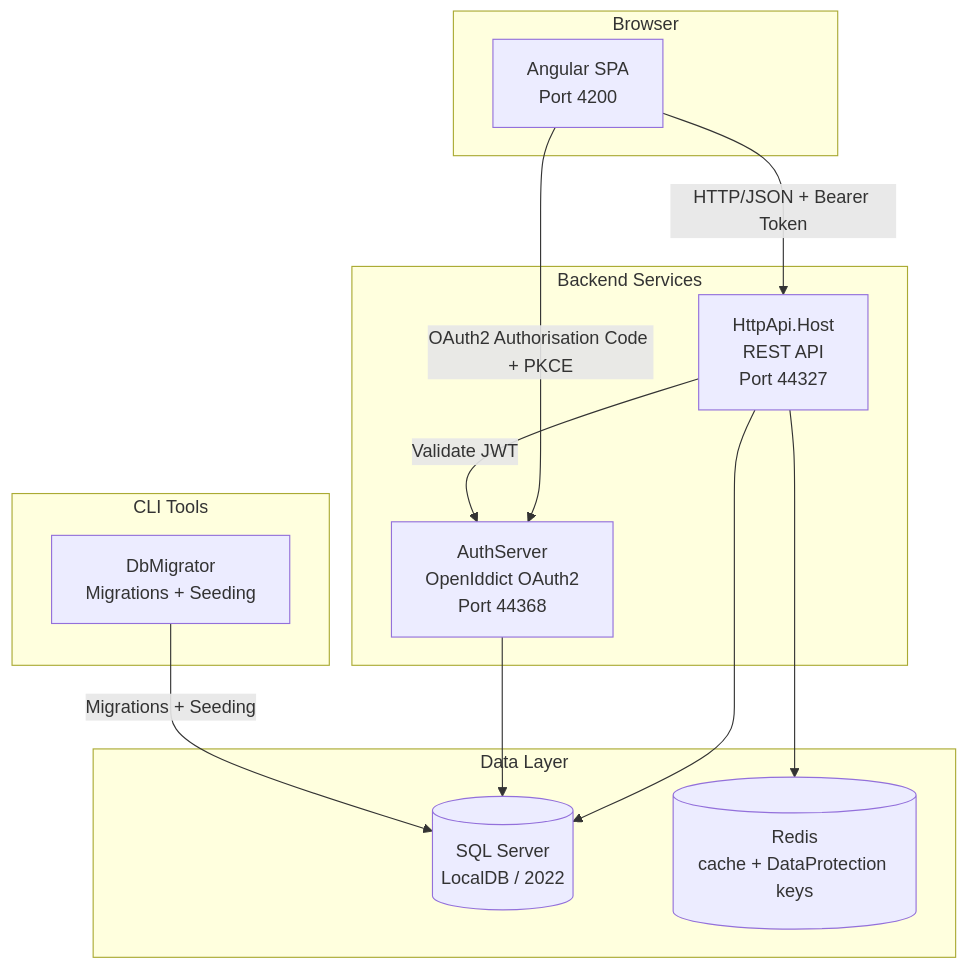
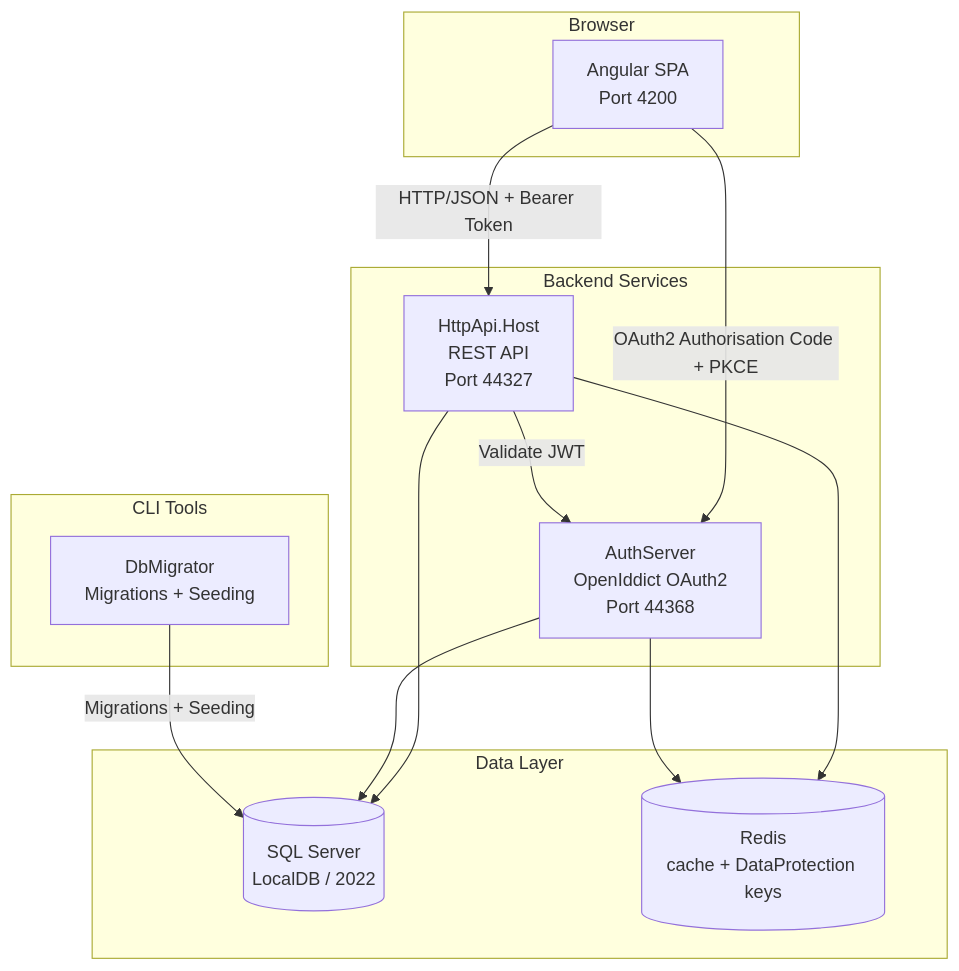
One commit to gesco-healthcare-support/hcs-patient-portal changed the first of 3 diagrams in README.md. Above: the diagram before and after it, drawn with Mermaid. The commit also changed other lines of this file, not shown here.

````diff
--- a/README.md
+++ b/README.md
@@ -186,28 +188,29 @@
 ```mermaid
 flowchart TB
     subgraph Browser["Browser"]
         Angular["Angular SPA<br/>Port 4200"]
     end
 
     subgraph Backend["Backend Services"]
         API["HttpApi.Host<br/>REST API<br/>Port 44327"]
         Auth["AuthServer<br/>OpenIddict OAuth2<br/>Port 44368"]
     end
 
     subgraph Data["Data Layer"]
         SQL[("SQL Server<br/>LocalDB / 2022")]
         Redis[("Redis<br/>cache + DataProtection keys")]
     end
 
     subgraph Tools["CLI Tools"]
         Migrator["DbMigrator<br/>Migrations + Seeding"]
     end
 
     Angular -->|"HTTP/JSON + Bearer Token"| API
     Angular -->|"OAuth2 Authorisation Code + PKCE"| Auth
     API -->|"Validate JWT"| Auth
     API --> SQL
     API --> Redis
+    Auth --> Redis
     Auth --> SQL
     Migrator -->|"Migrations + Seeding"| SQL
 ```
````
